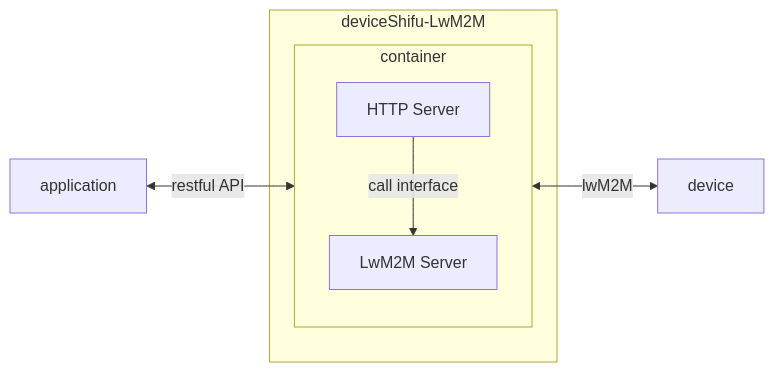
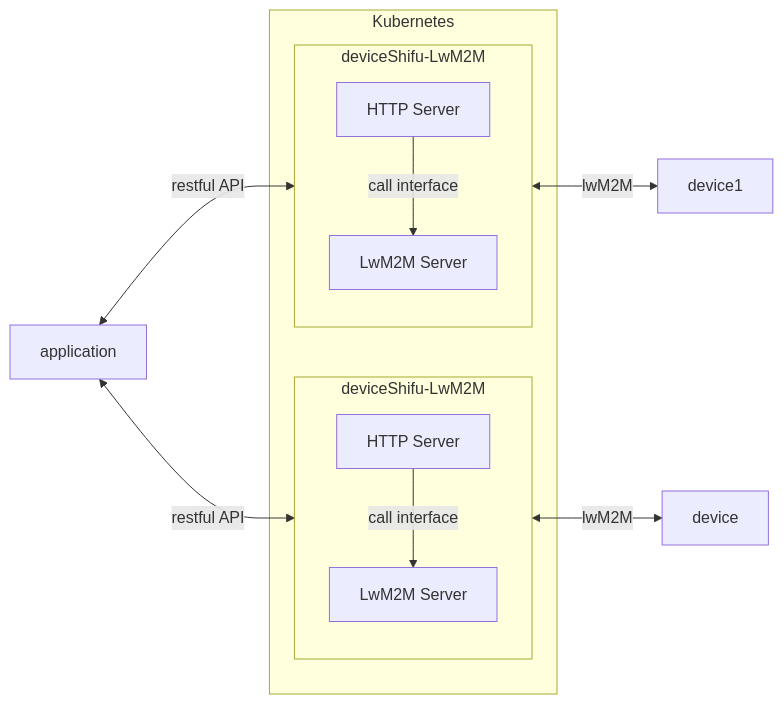
Before and after one commit to Edgenesis/shifu: the first of 2 diagrams in docs/design/deviceshifu/design-deviceShifu-lwm2m.md, drawn with Mermaid. The commit also changed other lines of this file, not shown here.

````diff
--- a/docs/design/deviceshifu/design-deviceShifu-lwm2m.md
+++ b/docs/design/deviceshifu/design-deviceShifu-lwm2m.md
@@ -26,17 +26,26 @@
 ```mermaid
 flowchart LR
-subgraph ds[deviceShifu-LwM2M]
-    subgraph container
-        direction TB
-        lws[LwM2M Server]
-        http[HTTP Server]
-        http -->|call interface| lws
-    end
+subgraph kubernetes[Kubernetes]
+  subgraph ds[deviceShifu-LwM2M]
+          direction TB
+          lws[LwM2M Server]
+          http[HTTP Server]
+          http -->|call interface| lws
+  end
+  subgraph ds1[deviceShifu-LwM2M]
+          direction TB
+          lws1[LwM2M Server]
+          http1[HTTP Server]
+          http1 -->|call interface| lws1
+  end
 end
 ap[application]
 d[device]
+d1[device1]
 
 
 ap <-->|restful API| http
+ap <-->|restful API| http1
 lws <-->|lwM2M| d
+lws1 <-->|lwM2M| d1
 ```
````
